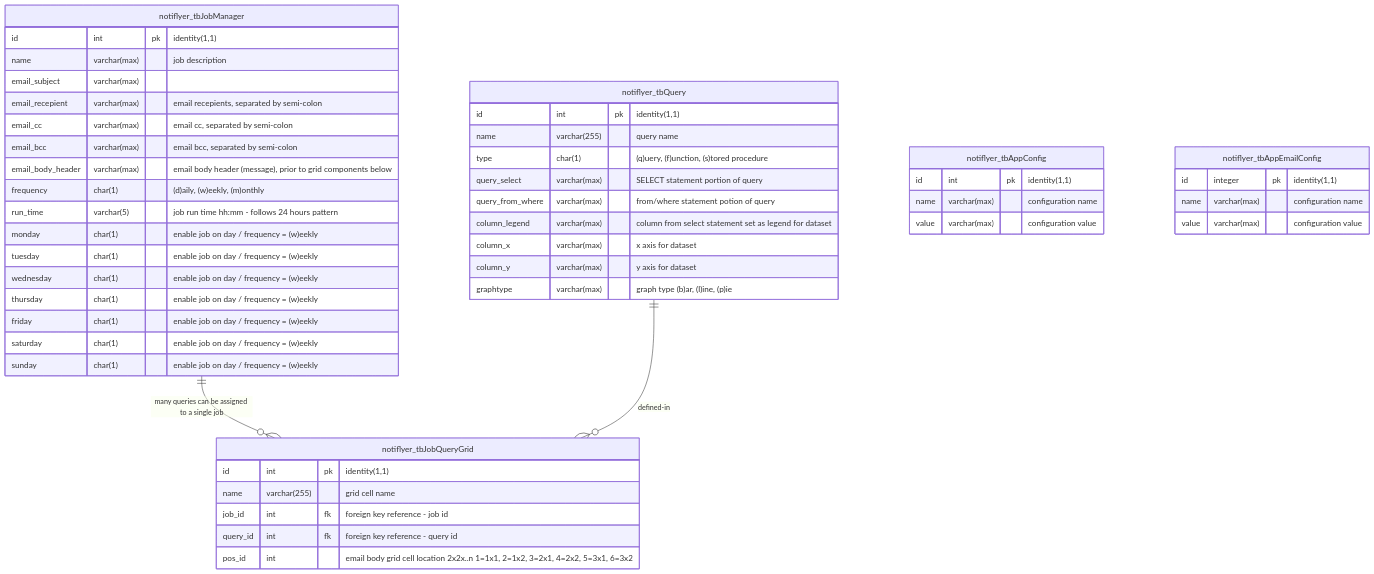
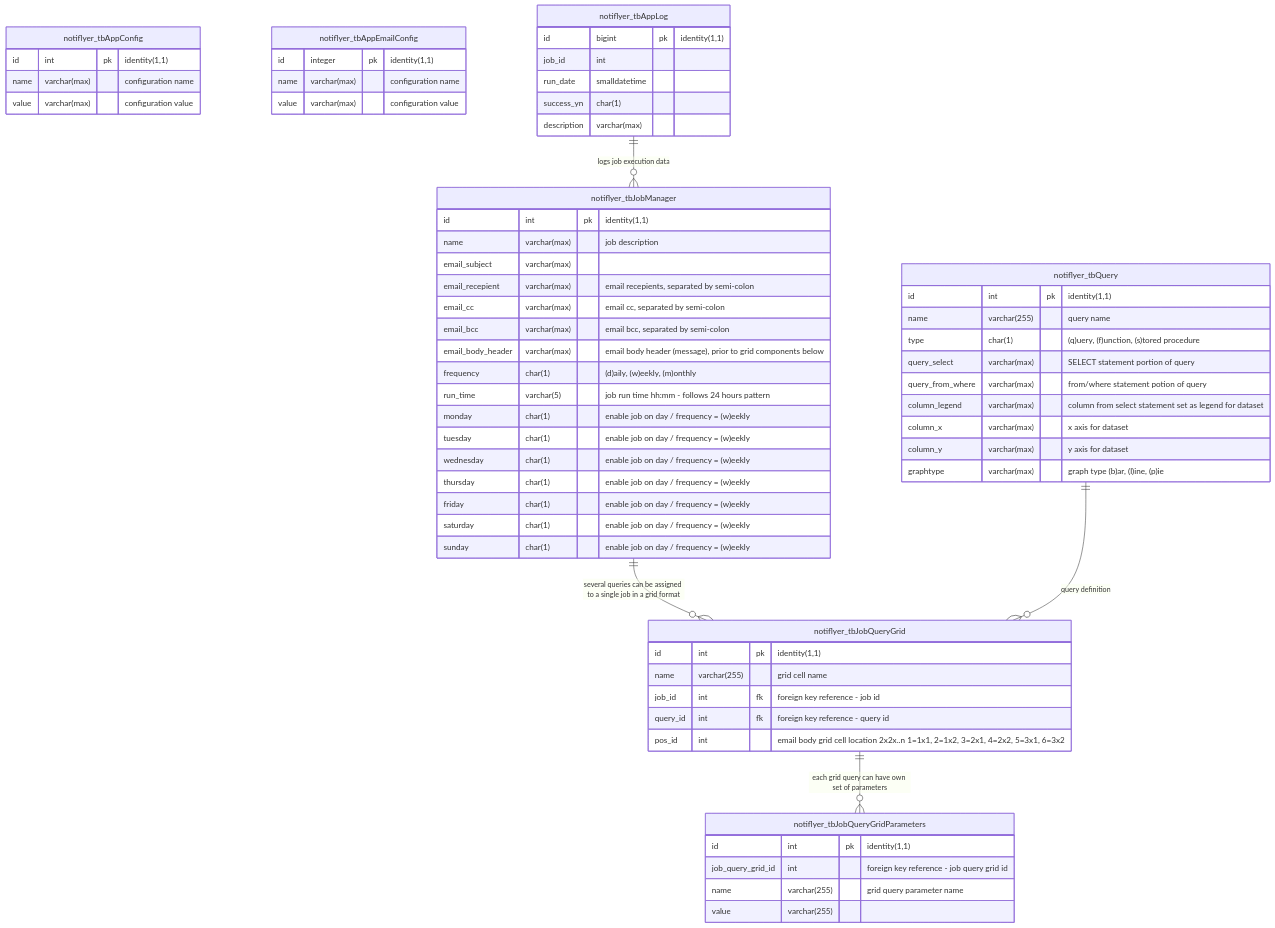
The diagram in app/documentation/mssql/README.md (cleancoda/notiflyer), drawn with Mermaid before and after one commit.

Commit message:
updated mssql readme

````diff
--- a/app/documentation/mssql/README.md
+++ b/app/documentation/mssql/README.md
@@ -23,58 +23,76 @@
 ```mermaid
 erDiagram
     
 
     notiflyer_tbJobManager {
         id int pk "identity(1,1)"
         name varchar(max) "job description"
         email_subject varchar(max)
         email_recepient varchar(max) "email recepients, separated by semi-colon"
         email_cc varchar(max) "email cc, separated by semi-colon"
         email_bcc varchar(max) "email bcc, separated by semi-colon"
 		email_body_header varchar(max) "email body header (message), prior to grid components below"
         frequency char(1) "(d)aily, (w)eekly, (m)onthly"
 		run_time varchar(5) "job run time hh:mm - follows 24 hours pattern"
 		monday char(1) "enable job on day / frequency = (w)eekly"
 		tuesday char(1) "enable job on day / frequency = (w)eekly"
 		wednesday char(1) "enable job on day / frequency = (w)eekly"
 		thursday char(1) "enable job on day / frequency = (w)eekly"
 		friday char(1) "enable job on day / frequency = (w)eekly"
 		saturday char(1) "enable job on day / frequency = (w)eekly"
 		sunday char(1) "enable job on day / frequency = (w)eekly"
     }
 
     notiflyer_tbQuery {
         id int pk "identity(1,1)"
         name varchar(255) "query name"
 		type char(1) "(q)uery, (f)unction, (s)tored procedure"
 		query_select varchar(max) "SELECT statement portion of query"
 		query_from_where varchar(max) "from/where statement potion of query"
 		column_legend varchar(max) "column from select statement set as legend for dataset"
 		column_x varchar(max) "x axis for dataset"
 		column_y varchar(max) "y axis for dataset"
 		graphtype varchar(max) "graph type (b)ar, (l)ine, (p)ie"
     }
 
     notiflyer_tbJobQueryGrid {
 		id int pk "identity(1,1)"
 		name varchar(255) "grid cell name"
 		job_id int fk "foreign key reference - job id"
 		query_id int fk "foreign key reference - query id"
 		pos_id int "email body grid cell location 2x2x..n 1=1x1, 2=1x2, 3=2x1, 4=2x2, 5=3x1, 6=3x2"
     }
 
+    notiflyer_tbJobQueryGridParameters {
+        id int pk "identity(1,1)"
+		job_query_grid_id int "foreign key reference - job query grid id"
+		name varchar(255) "grid query parameter name"
+		value varchar(255)
+    }
+
     notiflyer_tbAppConfig {
         id int pk "identity(1,1)"
         name varchar(max) "configuration name"
 		value varchar(max) "configuration value"
     }
 
     notiflyer_tbAppEmailConfig {
         id integer pk "identity(1,1)"
 		name varchar(max) "configuration name"
 		value varchar(max) "configuration value"
     }
 
-    notiflyer_tbJobManager ||--o{ notiflyer_tbJobQueryGrid : "many queries can be assigned to a single job"
-    notiflyer_tbQuery ||--o{ notiflyer_tbJobQueryGrid : defined-in
+    notiflyer_tbAppLog {
+        id bigint pk "identity(1,1)"
+		job_id int
+		run_date smalldatetime
+		success_yn char(1)
+		description varchar(max)
+    }
+
+    notiflyer_tbJobManager ||--o{ notiflyer_tbJobQueryGrid : "several queries can be assigned to a single job in a grid format"
+    notiflyer_tbJobQueryGrid ||--o{ notiflyer_tbJobQueryGridParameters : "each grid query can have own set of parameters"
+    notiflyer_tbQuery ||--o{ notiflyer_tbJobQueryGrid : "query definition"
+
+    notiflyer_tbAppLog ||--o{ notiflyer_tbJobManager : "logs job execution data"
 ```
````
